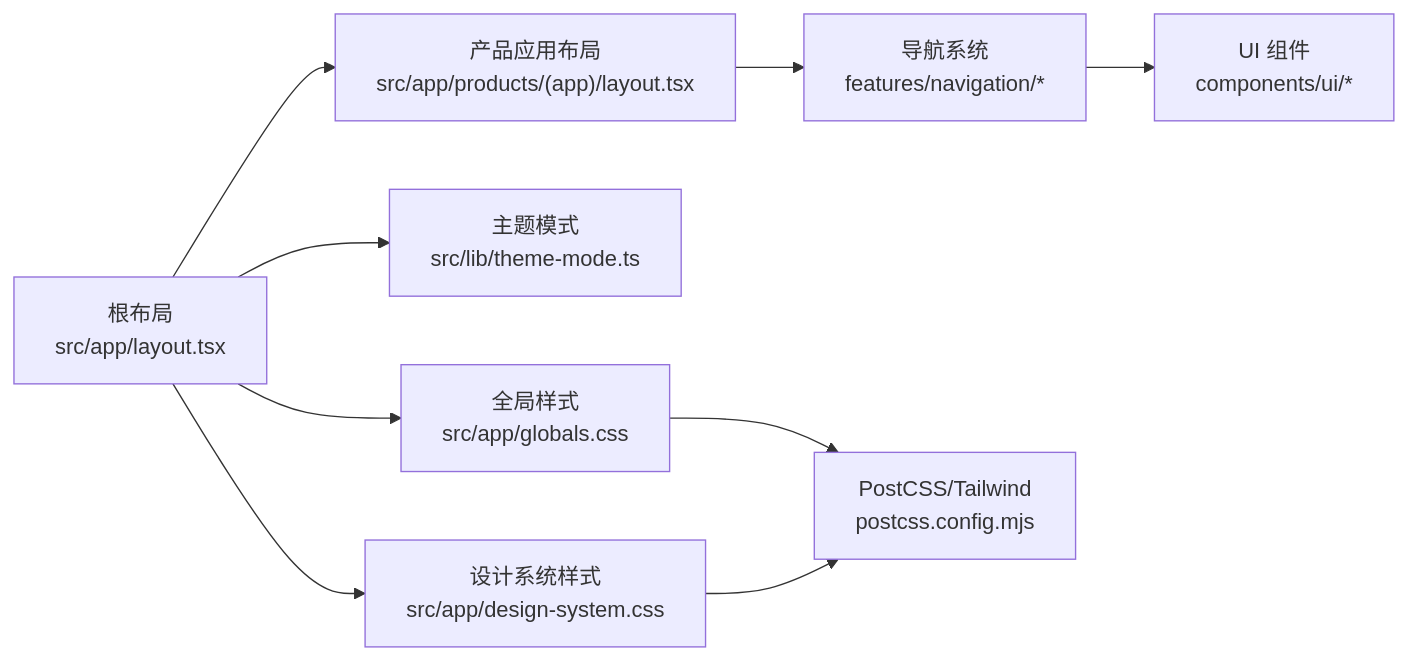
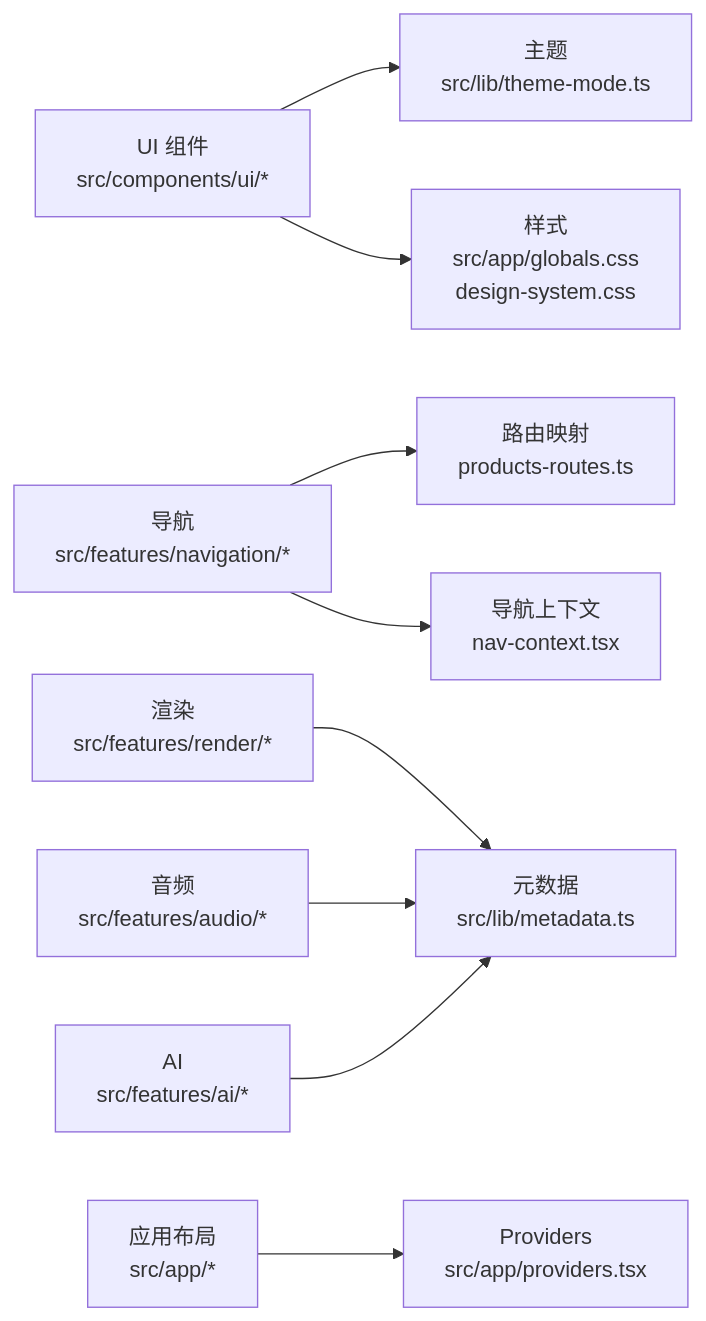
One commit to scottcwy/PurpleInk changed the eighth of 8 diagrams in .qoder/repowiki/zh/content/前端架构/前端架构.md. Above: the diagram before and after it, drawn with Mermaid. The commit also changed other lines of this file and 872 other files, not shown here.

````diff
--- a/.qoder/repowiki/zh/content/前端架构/前端架构.md
+++ b/.qoder/repowiki/zh/content/前端架构/前端架构.md
@@ -351,11 +473,11 @@
 ```mermaid
 graph LR
-A["根布局<br/>src/app/layout.tsx"] --> B["产品应用布局<br/>src/app/products/(app)/layout.tsx"]
-B --> C["导航系统<br/>features/navigation/*"]
-C --> D["UI 组件<br/>components/ui/*"]
-A --> E["主题模式<br/>src/lib/theme-mode.ts"]
-A --> F["全局样式<br/>src/app/globals.css"]
-A --> G["设计系统样式<br/>src/app/design-system.css"]
-F --> H["PostCSS/Tailwind<br/>postcss.config.mjs"]
-G --> H
+UI["UI 组件<br/>src/components/ui/*"] --> Theme["主题<br/>src/lib/theme-mode.ts"]
+UI --> CSS["样式<br/>src/app/globals.css<br/>design-system.css"]
+NAV["导航<br/>src/features/navigation/*"] --> Routes["路由映射<br/>products-routes.ts"]
+NAV --> Context["导航上下文<br/>nav-context.tsx"]
+RENDER["渲染<br/>src/features/render/*"] --> Meta["元数据<br/>src/lib/metadata.ts"]
+AUDIO["音频<br/>src/features/audio/*"] --> Meta
+AI["AI<br/>src/features/ai/*"] --> Meta
+APP["应用布局<br/>src/app/*"] --> Providers["Providers<br/>src/app/providers.tsx"]
 ```
````
